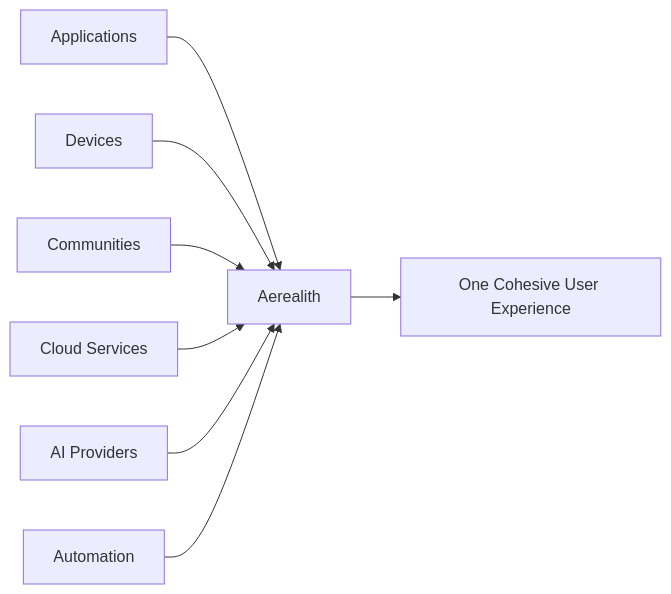
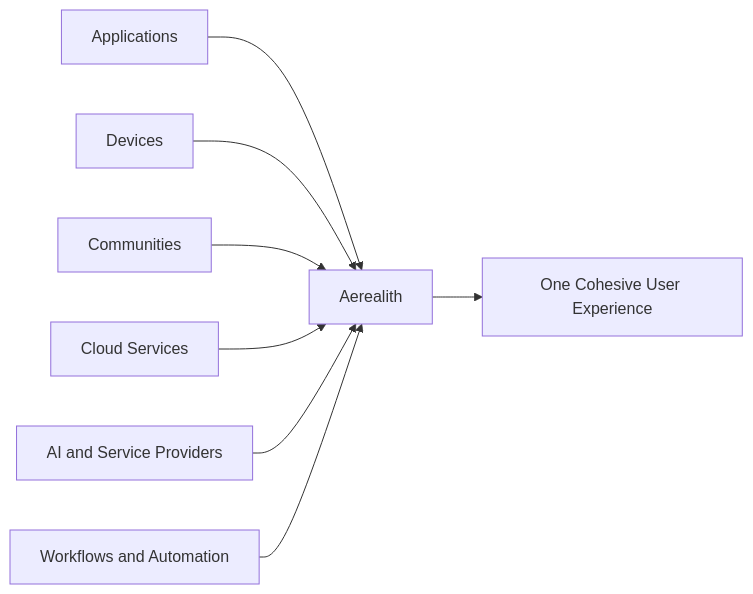
The first of 4 diagrams in docs/vision/Product Philosophy.md (SinLess-Games/Aerealith), drawn with Mermaid before and after one commit. The commit also changed other lines of this file and 1352 other files, not shown here.

````diff
--- a/docs/vision/Product Philosophy.md
+++ b/docs/vision/Product Philosophy.md
@@ -57,19 +129,18 @@
 ```mermaid
 flowchart LR
+    Apps["Applications"]
+    Devices["Devices"]
+    Communities["Communities"]
+    Cloud["Cloud Services"]
+    Providers["AI and Service Providers"]
+    Workflows["Workflows and Automation"]
 
-Apps["Applications"]
-Devices["Devices"]
-Communities["Communities"]
-Cloud["Cloud Services"]
-AI["AI Providers"]
-Workflows["Automation"]
+    Apps --> Platform["Aerealith"]
+    Devices --> Platform
+    Communities --> Platform
+    Cloud --> Platform
+    Providers --> Platform
+    Workflows --> Platform
 
-Apps --> A["Aerealith"]
-Devices --> A
-Communities --> A
-Cloud --> A
-AI --> A
-Workflows --> A
-
-A --> Experience["One Cohesive User Experience"]
+    Platform --> Experience["One Cohesive User Experience"]
 ```
````
